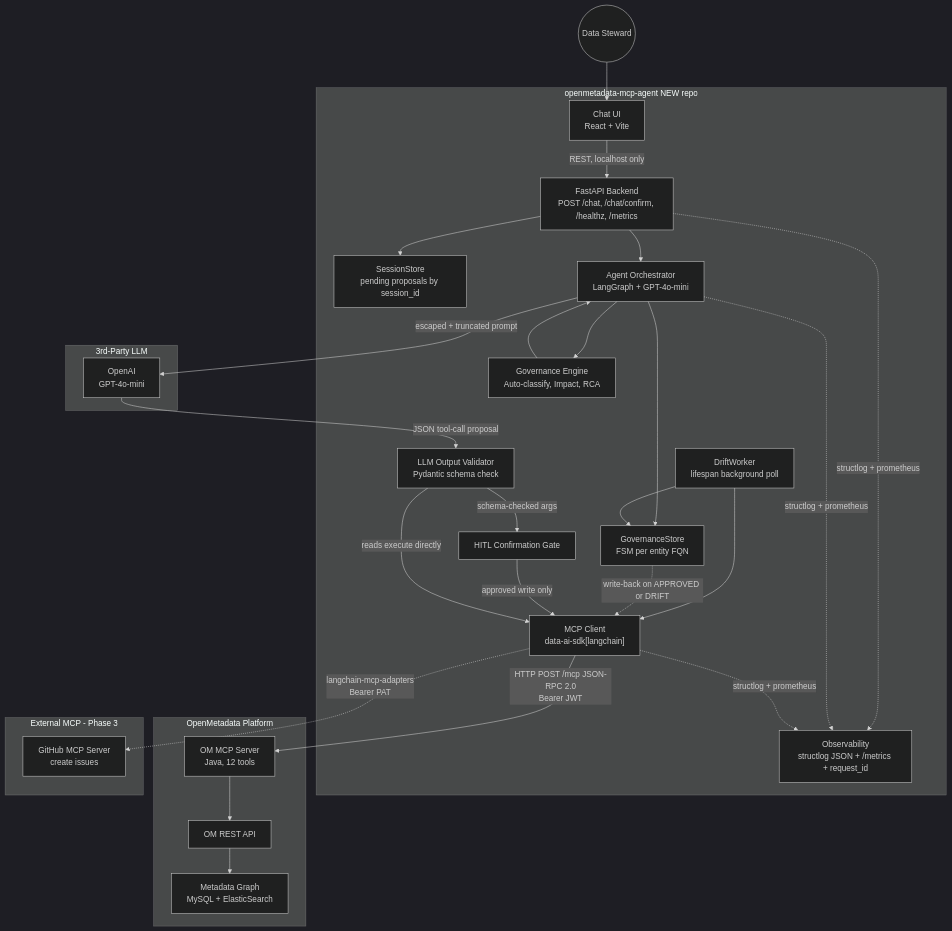
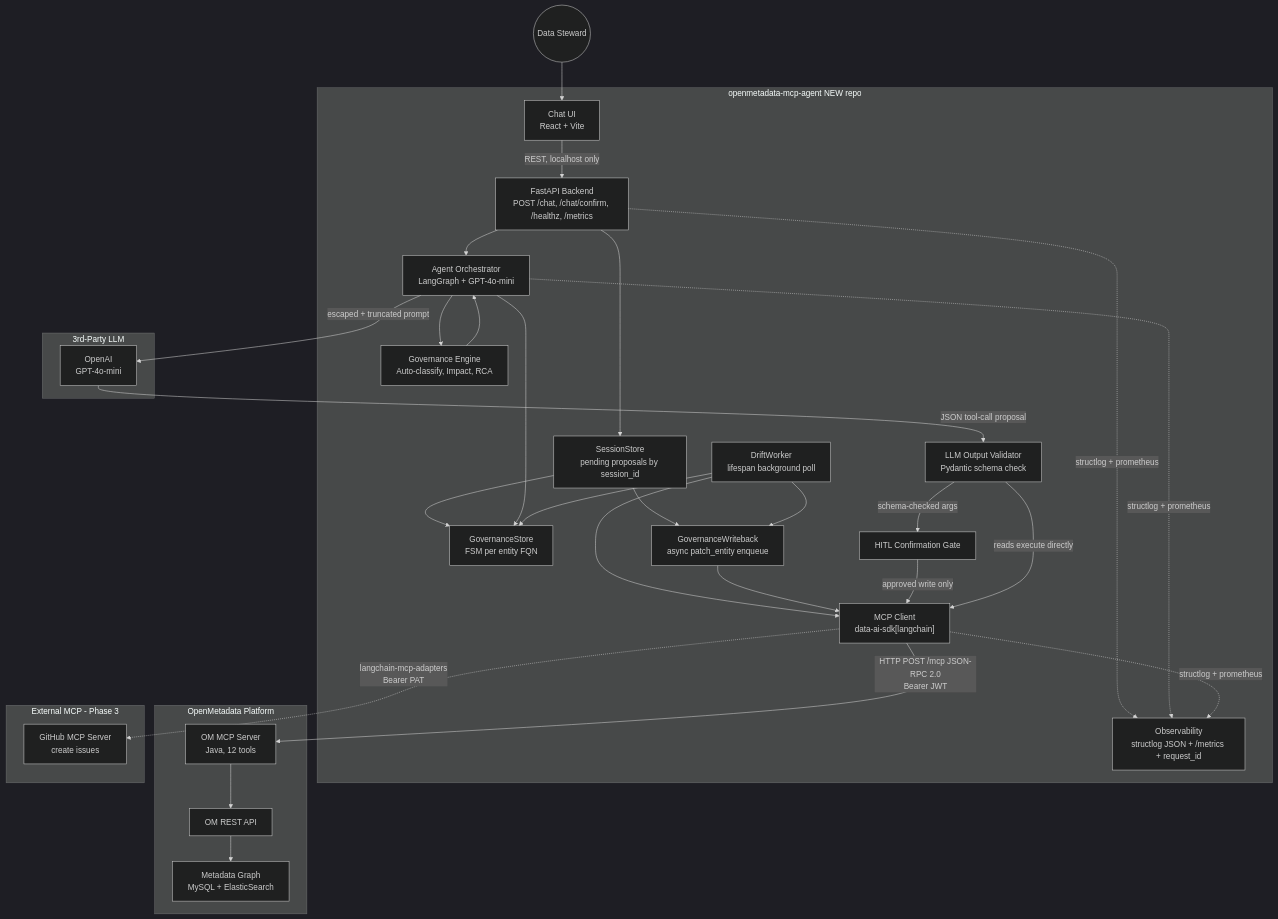
Before and after one commit to GunaPalanivel/openmetadata-mcp-agent: the first of 2 diagrams in .idea/Plan/Architecture/Overview.md, drawn with Mermaid (dark theme). The commit also changed other lines of this file and 7 other files, not shown here.

First line of the commit message:
add governance hooks and async om write-back for confirm flow

````diff
--- a/.idea/Plan/Architecture/Overview.md
+++ b/.idea/Plan/Architecture/Overview.md
@@ -5,53 +5,57 @@
 ```mermaid
 graph TB
     subgraph agentRepo [openmetadata-mcp-agent NEW repo]
         UI["Chat UI<br/>React + Vite"]
         API["FastAPI Backend<br/>POST /chat, /chat/confirm, /healthz, /metrics"]
         Sessions["SessionStore<br/>pending proposals by session_id"]
         GovStore["GovernanceStore<br/>FSM per entity FQN"]
+        GovWriteback["GovernanceWriteback<br/>async patch_entity enqueue"]
         DriftW["DriftWorker<br/>lifespan background poll"]
         Agent["Agent Orchestrator<br/>LangGraph + GPT-4o-mini"]
         Validator["LLM Output Validator<br/>Pydantic schema check"]
         Confirm["HITL Confirmation Gate"]
         MCPClient["MCP Client<br/>data-ai-sdk[langchain]"]
         GovEngine["Governance Engine<br/>Auto-classify, Impact, RCA"]
         Obs["Observability<br/>structlog JSON + /metrics + request_id"]
     end
 
     subgraph openMetadata [OpenMetadata Platform]
         OMMCP["OM MCP Server<br/>Java, 12 tools"]
         OMAPI["OM REST API"]
         OMDB["Metadata Graph<br/>MySQL + ElasticSearch"]
     end
 
     subgraph externalMCP [External MCP - Phase 3]
         GitHubMCP["GitHub MCP Server<br/>create issues"]
     end
 
     subgraph llmProvider [3rd-Party LLM]
         OpenAI["OpenAI<br/>GPT-4o-mini"]
     end
 
     User((Data Steward)) --> UI
     UI -->|"REST, localhost only"| API
     API --> Sessions
     API --> Agent
+    Sessions --> GovStore
+    Sessions --> GovWriteback
     Agent --> GovStore
     DriftW --> GovStore
+    DriftW --> GovWriteback
     DriftW --> MCPClient
-    GovStore -.->|"write-back on APPROVED or DRIFT"| MCPClient
+    GovWriteback --> MCPClient
     Agent --> GovEngine
     GovEngine --> Agent
     Agent -->|"escaped + truncated prompt"| OpenAI
     OpenAI -->|"JSON tool-call proposal"| Validator
     Validator -->|"schema-checked args"| Confirm
     Confirm -->|"approved write only"| MCPClient
     Validator -->|"reads execute directly"| MCPClient
     MCPClient -->|"HTTP POST /mcp JSON-RPC 2.0<br/>Bearer JWT"| OMMCP
     MCPClient -.->|"langchain-mcp-adapters<br/>Bearer PAT"| GitHubMCP
     OMMCP --> OMAPI
     OMAPI --> OMDB
     API -.->|"structlog + prometheus"| Obs
     Agent -.->|"structlog + prometheus"| Obs
     MCPClient -.->|"structlog + prometheus"| Obs
 ```
````
